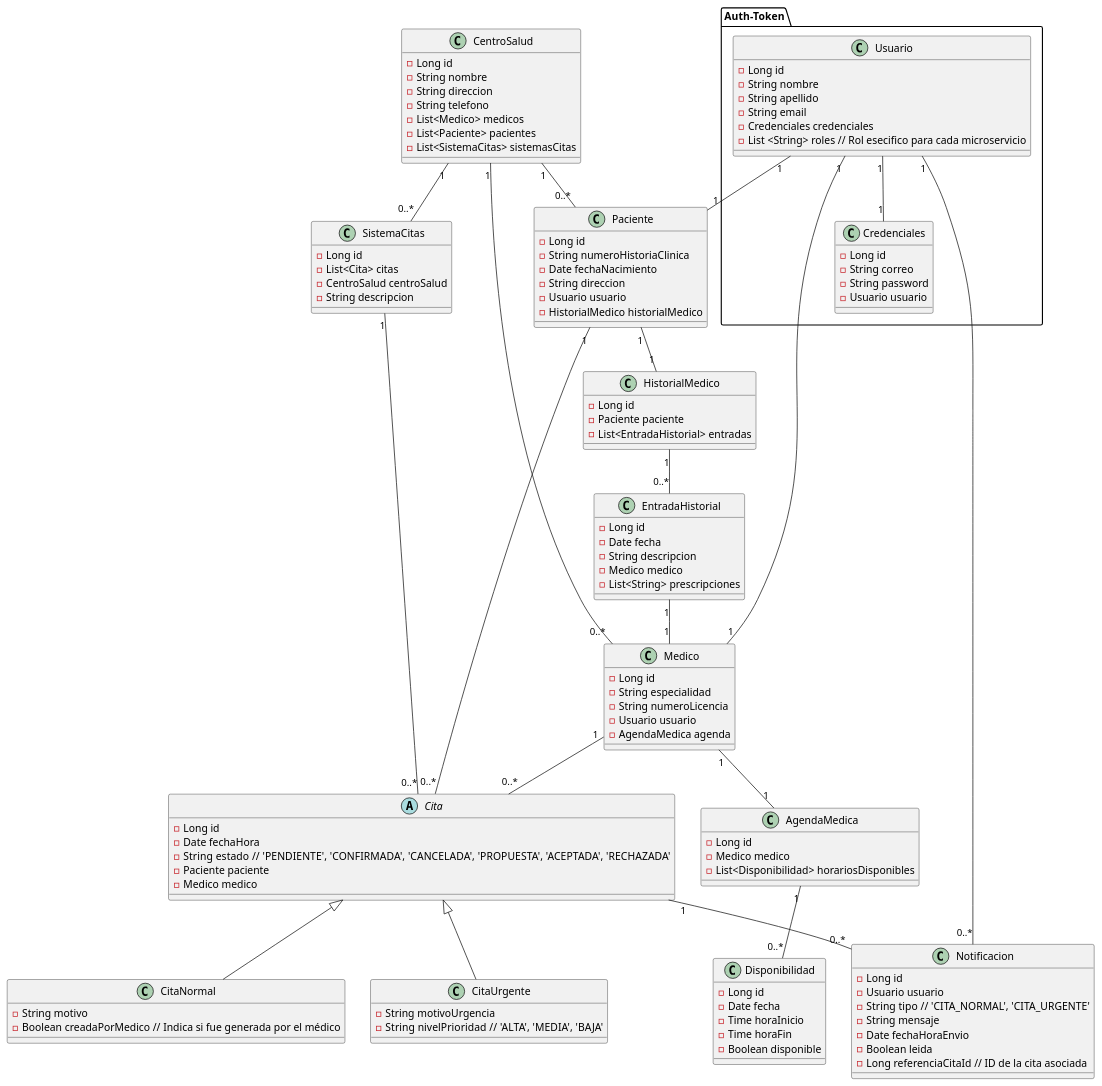
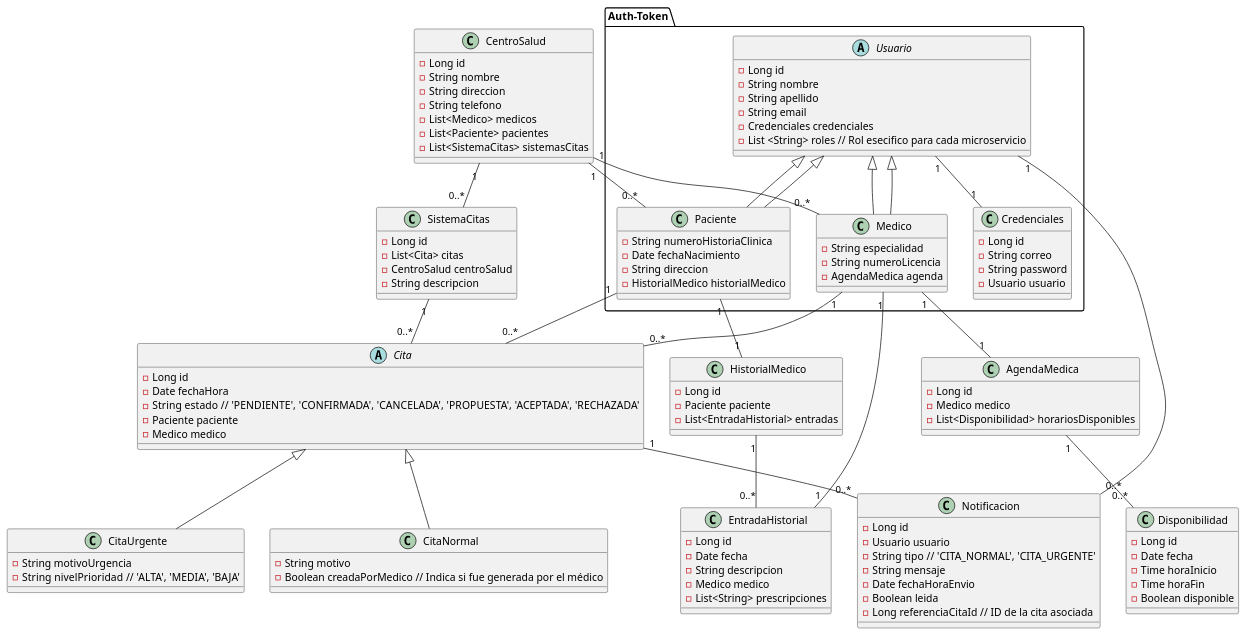
Before and after one commit to Jaime1999l/Backend_Wakanda_Salud: the diagram in src/uml/Clases-UML.puml, drawn with PlantUML. The commit also changed 14 other files, not shown here.

```diff
--- a/src/uml/Clases-UML.puml
+++ b/src/uml/Clases-UML.puml
@@ -1,133 +1,129 @@
 @startuml
 
 abstract class Cita {
     - Long id
     - Date fechaHora
     - String estado // 'PENDIENTE', 'CONFIRMADA', 'CANCELADA', 'PROPUESTA', 'ACEPTADA', 'RECHAZADA'
     - Paciente paciente
     - Medico medico
 }
 
 class CitaNormal {
     - String motivo
     - Boolean creadaPorMedico // Indica si fue generada por el médico
 }
 
 class CitaUrgente {
     - String motivoUrgencia
     - String nivelPrioridad // 'ALTA', 'MEDIA', 'BAJA'
 }
 
 
 package Auth-Token {
 
-    class Usuario {
+    abstract class Usuario {
         - Long id
         - String nombre
         - String apellido
         - String email
         - Credenciales credenciales
         - List <String> roles // Rol esecifico para cada microservicio
     }
 
+    class Paciente extends Usuario {
+        - String numeroHistoriaClinica
+        - Date fechaNacimiento
+        - String direccion
+        - HistorialMedico historialMedico
+    }
+
+    class Medico extends Usuario {
+        - String especialidad
+        - String numeroLicencia
+        - AgendaMedica agenda
+    }
+
     class Credenciales {
         - Long id
         - String correo
         - String password
         - Usuario usuario
     }
-}
-
-class Paciente {
-    - Long id
-    - String numeroHistoriaClinica
-    - Date fechaNacimiento
-    - String direccion
-    - Usuario usuario
-    - HistorialMedico historialMedico
-}
-
-class Medico {
-    - Long id
-    - String especialidad
-    - String numeroLicencia
-    - Usuario usuario
-    - AgendaMedica agenda
 }
 
 class SistemaCitas {
     - Long id
     - List<Cita> citas
     - CentroSalud centroSalud
     - String descripcion
 }
 
 class CentroSalud {
     - Long id
     - String nombre
     - String direccion
     - String telefono
     - List<Medico> medicos
     - List<Paciente> pacientes
     - List<SistemaCitas> sistemasCitas
 }
 
 class AgendaMedica {
     - Long id
     - Medico medico
     - List<Disponibilidad> horariosDisponibles
 }
 
 class Disponibilidad {
     - Long id
     - Date fecha
     - Time horaInicio
     - Time horaFin
     - Boolean disponible
 }
 
 class HistorialMedico {
     - Long id
     - Paciente paciente
     - List<EntradaHistorial> entradas
 }
 
 class EntradaHistorial {
     - Long id
     - Date fecha
     - String descripcion
     - Medico medico
     - List<String> prescripciones
 }
 
 class Notificacion {
     - Long id
     - Usuario usuario
     - String tipo // 'CITA_NORMAL', 'CITA_URGENTE'
     - String mensaje
     - Date fechaHoraEnvio
     - Boolean leida
     - Long referenciaCitaId // ID de la cita asociada
 }
 
 Cita <|-- CitaNormal
 Cita <|-- CitaUrgente
 
-Usuario "1" -- "1" Paciente
-Usuario "1" -- "1" Medico
+Usuario <|-- Paciente
+Usuario <|-- Medico
 Usuario "1" -- "1" Credenciales
 Paciente "1" -- "1" HistorialMedico
 HistorialMedico "1" -- "0..*" EntradaHistorial
 EntradaHistorial "1" -- "1" Medico
 Paciente "1" -- "0..*" Cita
 Medico "1" -- "0..*" Cita
 SistemaCitas "1" -- "0..*" Cita
 Medico "1" -- "1" AgendaMedica
 AgendaMedica "1" -- "0..*" Disponibilidad
 CentroSalud "1" -- "0..*" Medico
 CentroSalud "1" -- "0..*" Paciente
 CentroSalud "1" -- "0..*" SistemaCitas
 Usuario "1" -- "0..*" Notificacion
 Cita "1" -- "0..*" Notificacion
 
 @enduml
```
